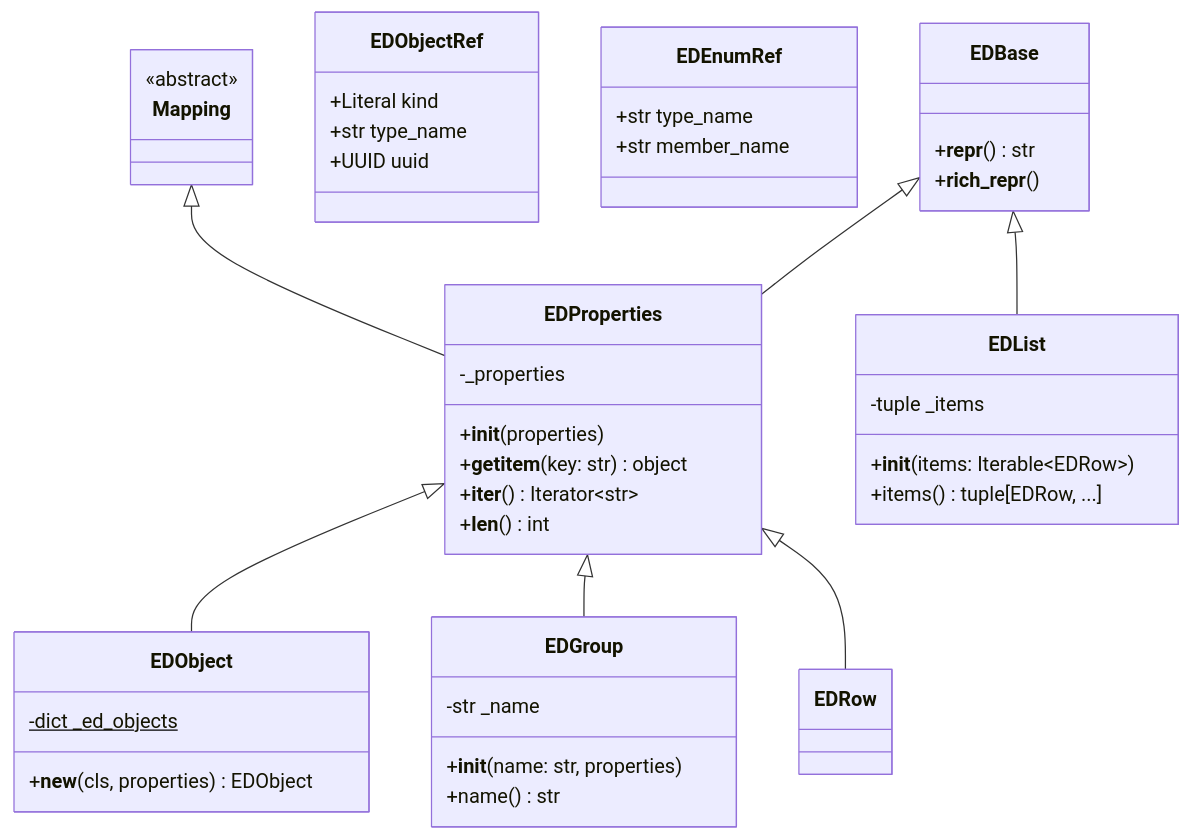
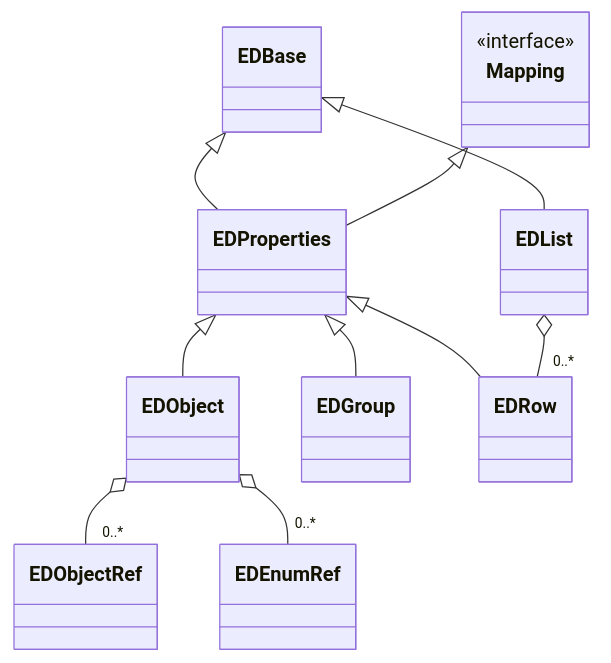
Before and after one commit to metacortex687/lessons: the diagram in HardWork/task4.md, drawn with Mermaid. The commit also changed other lines of this file and 1 other file, not shown here.

Commit message:
Задание 4

````diff
--- a/HardWork/task4.md
+++ b/HardWork/task4.md
@@ -934,58 +932,25 @@
 ```mermaid
 classDiagram
-    direction TB
-
+    class EDObjectRef
+    class EDEnumRef
+    class EDBase
     class Mapping {
-        <<abstract>>
+	     <<interface>>
     }
-
-    class EDObjectRef {
-        +Literal kind
-        +str type_name
-        +UUID uuid
-    }
-
-    class EDEnumRef {
-        +str type_name
-        +str member_name
-    }
-
-    class EDBase {
-        +__repr__() str
-        +__rich_repr__()
-    }
-
-    class EDProperties {
-        -_properties
-        +__init__(properties)
-        +__getitem__(key: str) object
-        +__iter__() Iterator~str~
-        +__len__() int
-    }
-
-    class EDObject {
-        -dict _ed_objects$
-        +__new__(cls, properties) EDObject
-    }
-
-    class EDGroup {
-        -str _name
-        +__init__(name: str, properties)
-        +name() str
-    }
-
+    class EDProperties
+    class EDObject
+    class EDGroup
     class EDRow
-
-    class EDList {
-        -tuple _items
-        +__init__(items: Iterable~EDRow~)
-        +items() tuple[EDRow, ...]
-    }
+    class EDList
 
     EDBase <|-- EDProperties
     Mapping <|-- EDProperties
     EDProperties <|-- EDObject
     EDProperties <|-- EDGroup
     EDProperties <|-- EDRow
     EDBase <|-- EDList
+
+    EDList o-- "0..*" EDRow
+    EDObject o-- "0..*" EDObjectRef
+    EDObject o-- "0..*" EDEnumRef
 ```
````
